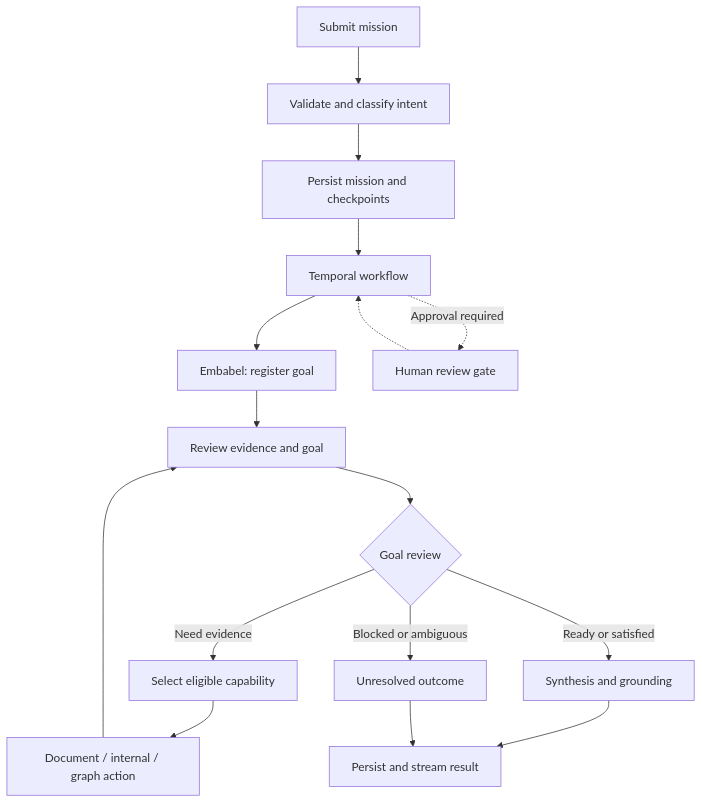
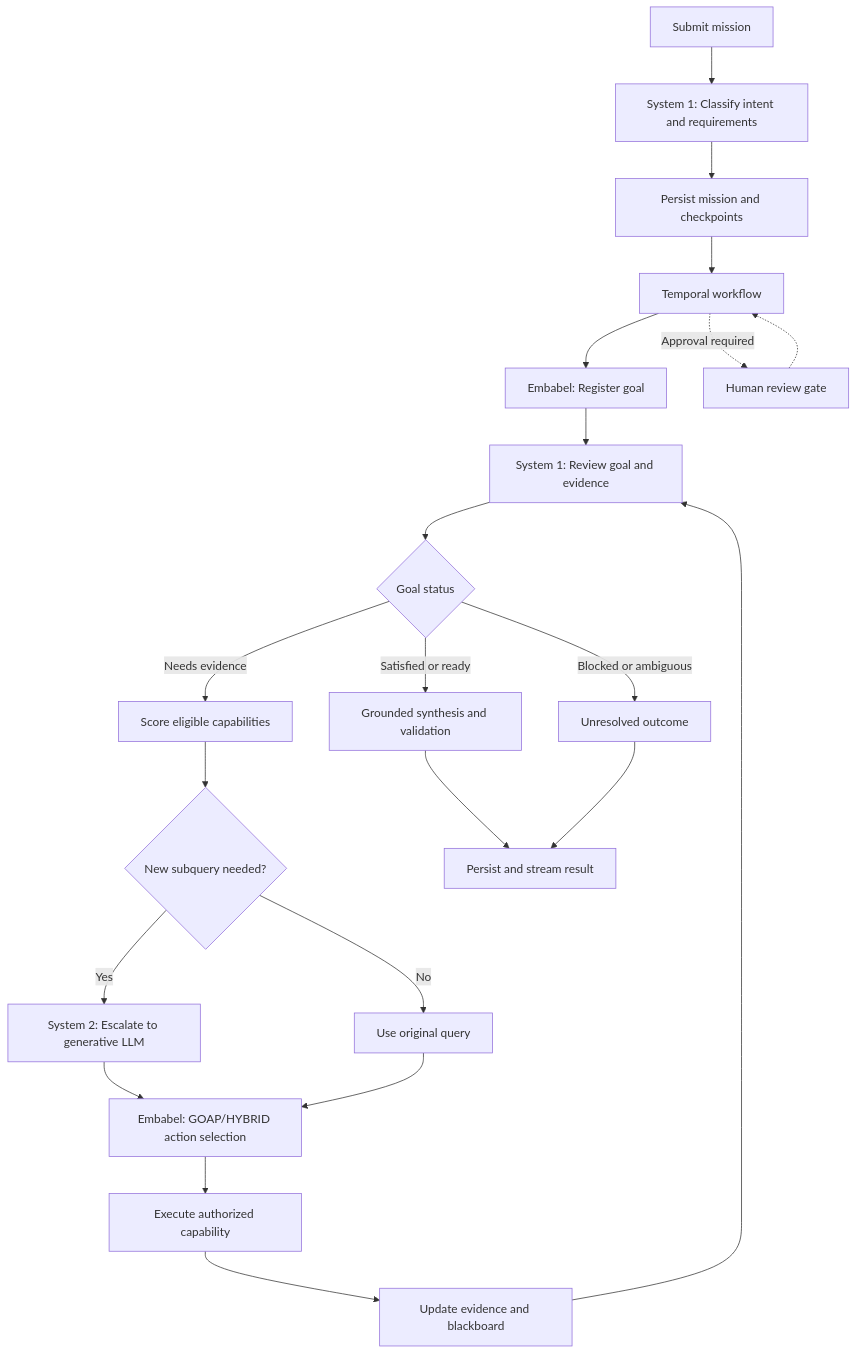
Before and after one commit to zqf20096327/ai_collect: the second of 2 diagrams in data/readmes/hashedgrey__Sparrow-x.md, drawn with Mermaid. The commit also changed other lines of this file and 1908 other files, not shown here.

````diff
--- a/data/readmes/hashedgrey__Sparrow-x.md
+++ b/data/readmes/hashedgrey__Sparrow-x.md
@@ -68,18 +81,29 @@
 ```mermaid
 flowchart TD
-    A[Submit mission] --> B[Validate and classify intent]
+    A[Submit mission] --> B[System 1: Classify intent and requirements]
     B --> C[Persist mission and checkpoints]
     C --> D[Temporal workflow]
-    D --> E[Embabel: register goal]
-    E --> F[Review evidence and goal]
-    F --> G{Goal review}
-    G -->|Need evidence| H[Select eligible capability]
-    H --> I[Document / internal / graph action]
-    I --> F
-    G -->|Ready or satisfied| J[Synthesis and grounding]
-    G -->|Blocked or ambiguous| K[Unresolved outcome]
-    J --> L[Persist and stream result]
+    D --> E[Embabel: Register goal]
+    E --> F[System 1: Review goal and evidence]
+    F --> G{Goal status}
+
+    G -->|Needs evidence| H[Score eligible capabilities]
+    H --> I{New subquery needed?}
+    I -->|Yes| J[System 2: Escalate to generative LLM]
+    I -->|No| K[Use original query]
+
+    J --> L[Embabel: GOAP/HYBRID action selection]
     K --> L
-    D -.->|Approval required| M[Human review gate]
-    M -.-> D
+    L --> M[Execute authorized capability]
+    M --> N[Update evidence and blackboard]
+    N --> F
+
+    G -->|Satisfied or ready| O[Grounded synthesis and validation]
+    G -->|Blocked or ambiguous| P[Unresolved outcome]
+
+    O --> Q[Persist and stream result]
+    P --> Q
+
+    D -.->|Approval required| R[Human review gate]
+    R -.-> D
 ```
````
